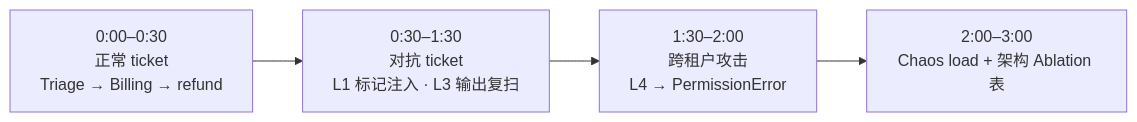
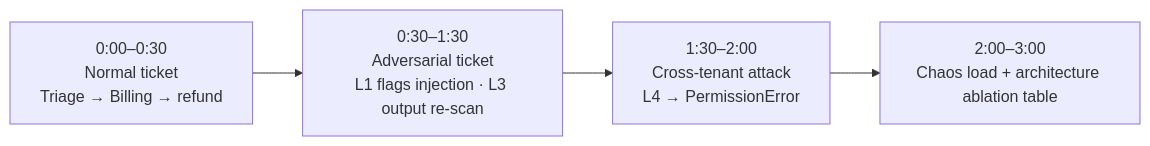
The diagram in docs/demo/narration.md (AndyUneducated/resolve-ai), drawn with Mermaid before and after one commit. The commit also changed other lines of this file and 79 other files, not shown here.

````diff
--- a/docs/demo/narration.md
+++ b/docs/demo/narration.md
@@ -9,6 +9,6 @@
 ```mermaid
 flowchart LR
-  b1["0:00–0:30<br/>正常 ticket<br/>Triage → Billing → refund"] --> b2["0:30–1:30<br/>对抗 ticket<br/>L1 标记注入 · L3 输出复扫"]
-  b2 --> b3["1:30–2:00<br/>跨租户攻击<br/>L4 → PermissionError"]
-  b3 --> b4["2:00–3:00<br/>Chaos load + 架构 Ablation 表"]
+  b1["0:00–0:30<br/>Normal ticket<br/>Triage → Billing → refund"] --> b2["0:30–1:30<br/>Adversarial ticket<br/>L1 flags injection · L3 output re-scan"]
+  b2 --> b3["1:30–2:00<br/>Cross-tenant attack<br/>L4 → PermissionError"]
+  b3 --> b4["2:00–3:00<br/>Chaos load + architecture ablation table"]
 ```
````
